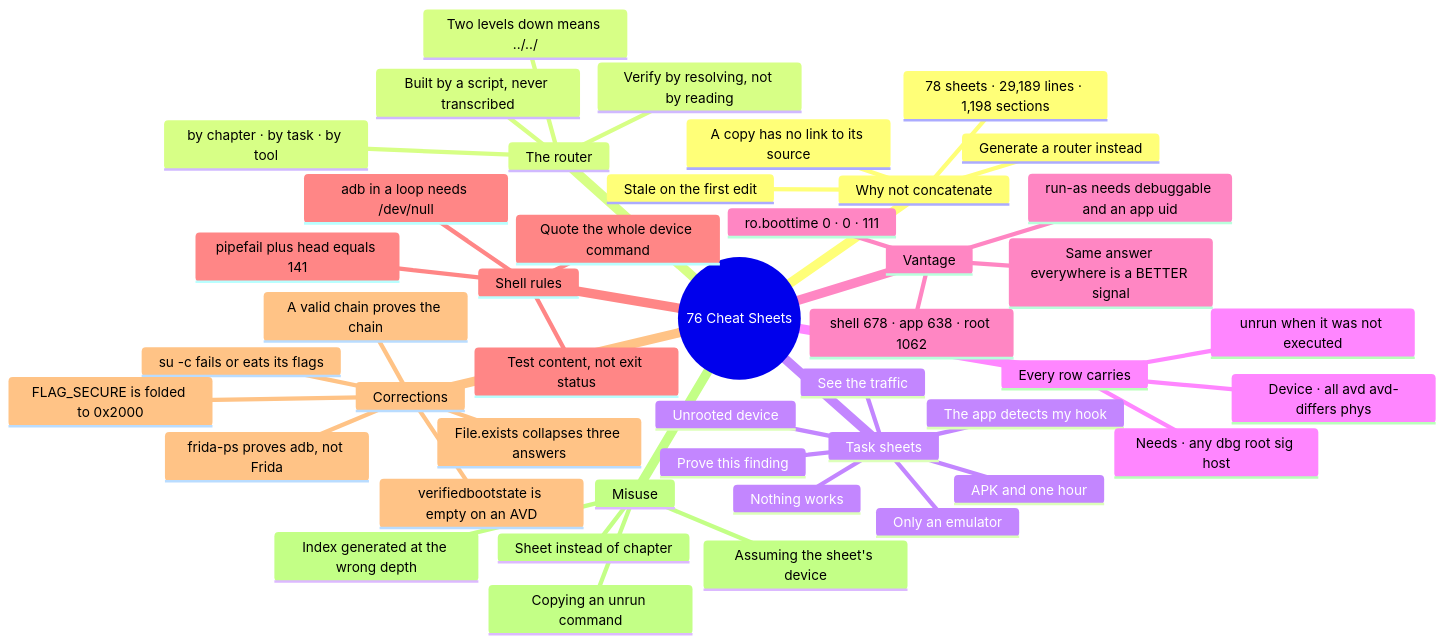
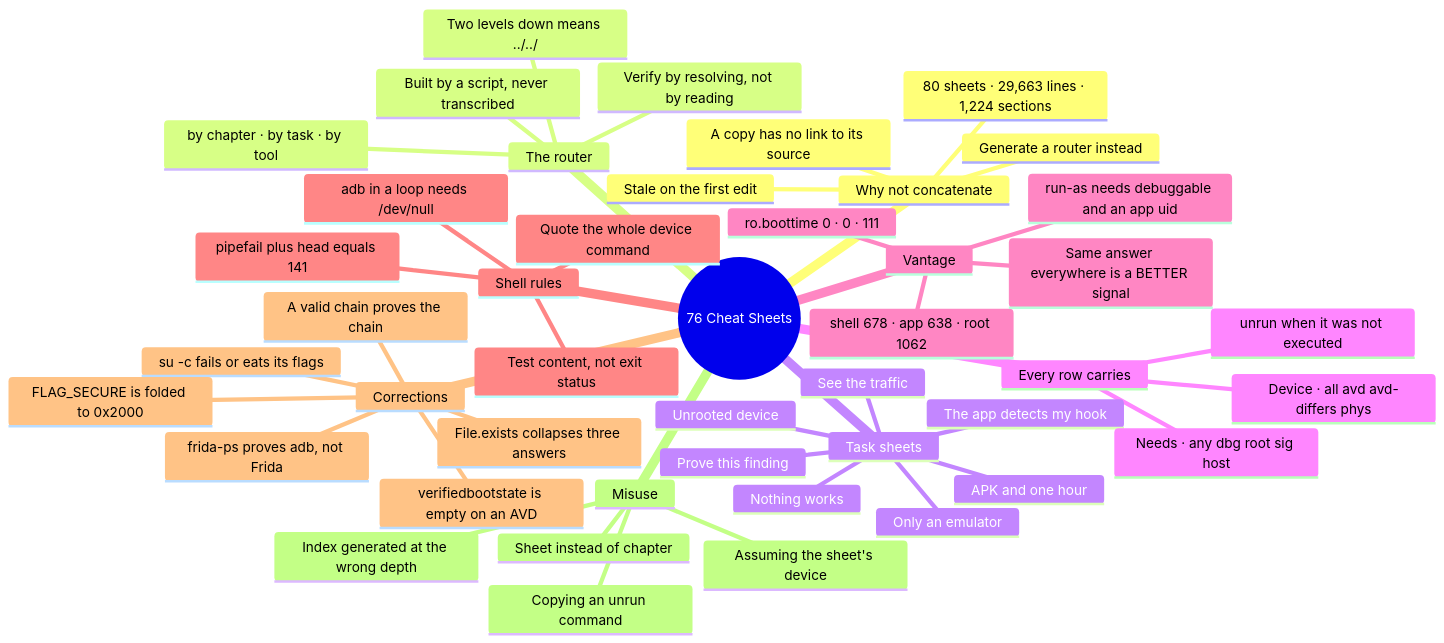
One commit to FlyPhantomFly/android-security-handbook changed the diagram in 76-CheatSheets/README.md. Above: the diagram before and after it, drawn with Mermaid. The commit also changed other lines of this file and 33 other files, not shown here.

````diff
--- a/76-CheatSheets/README.md
+++ b/76-CheatSheets/README.md
@@ -890,48 +890,48 @@
 ```mermaid
 mindmap
   root((76 Cheat Sheets))
     Why not concatenate
-      78 sheets · 29,189 lines · 1,198 sections
+      80 sheets · 29,663 lines · 1,224 sections
       A copy has no link to its source
       Stale on the first edit
       Generate a router instead
     The router
       by chapter · by task · by tool
       Built by a script, never transcribed
       Two levels down means ../../
       Verify by resolving, not by reading
     Task sheets
       APK and one hour
       Unrooted device
       Only an emulator
       The app detects my hook
       See the traffic
       Prove this finding
       Nothing works
     Every row carries
       Needs · any dbg root sig host
       Device · all avd avd-differs phys
       unrun when it was not executed
     Vantage
       shell 678 · app 638 · root 1062
       ro.boottime 0 · 0 · 111
       Same answer everywhere is a BETTER signal
       run-as needs debuggable and an app uid
     Shell rules
       Quote the whole device command
       adb in a loop needs /dev/null
       pipefail plus head equals 141
       Test content, not exit status
     Corrections
       su -c fails or eats its flags
       frida-ps proves adb, not Frida
       File.exists collapses three answers
       verifiedbootstate is empty on an AVD
       FLAG_SECURE is folded to 0x2000
       A valid chain proves the chain
     Misuse
       Sheet instead of chapter
       Copying an unrun command
       Index generated at the wrong depth
       Assuming the sheet's device
 ```
````
